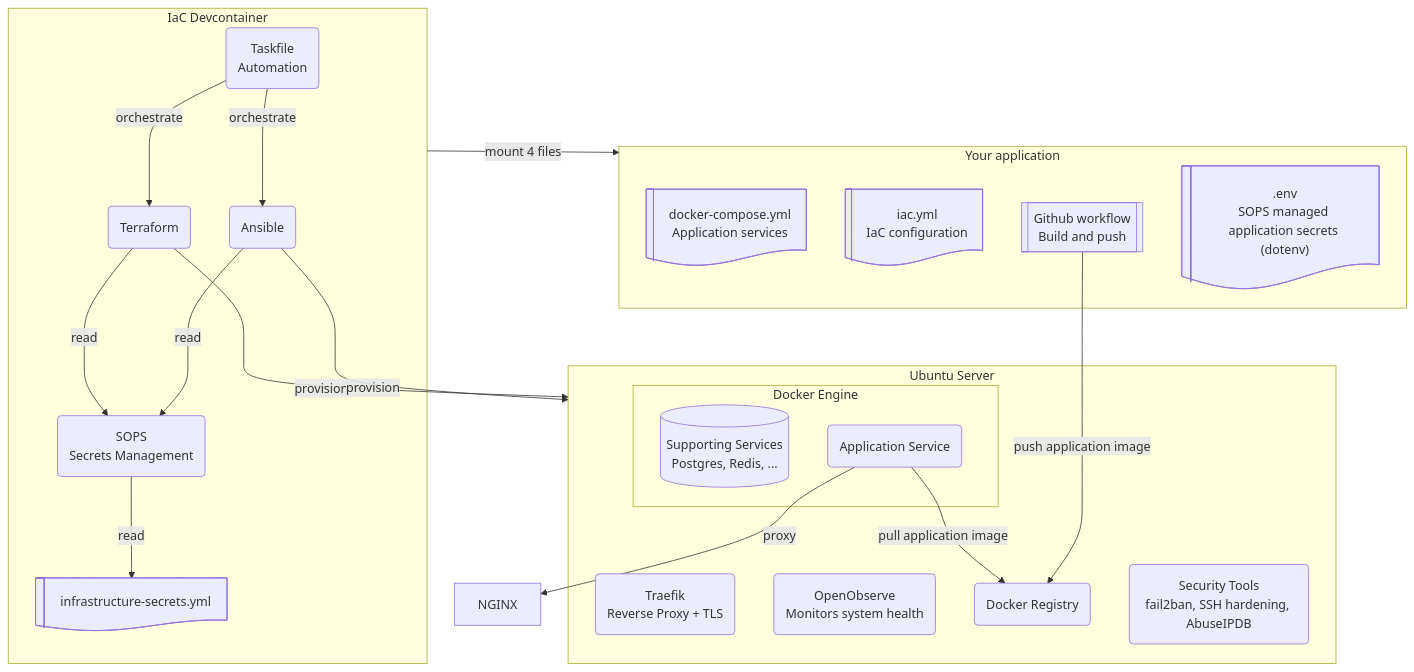
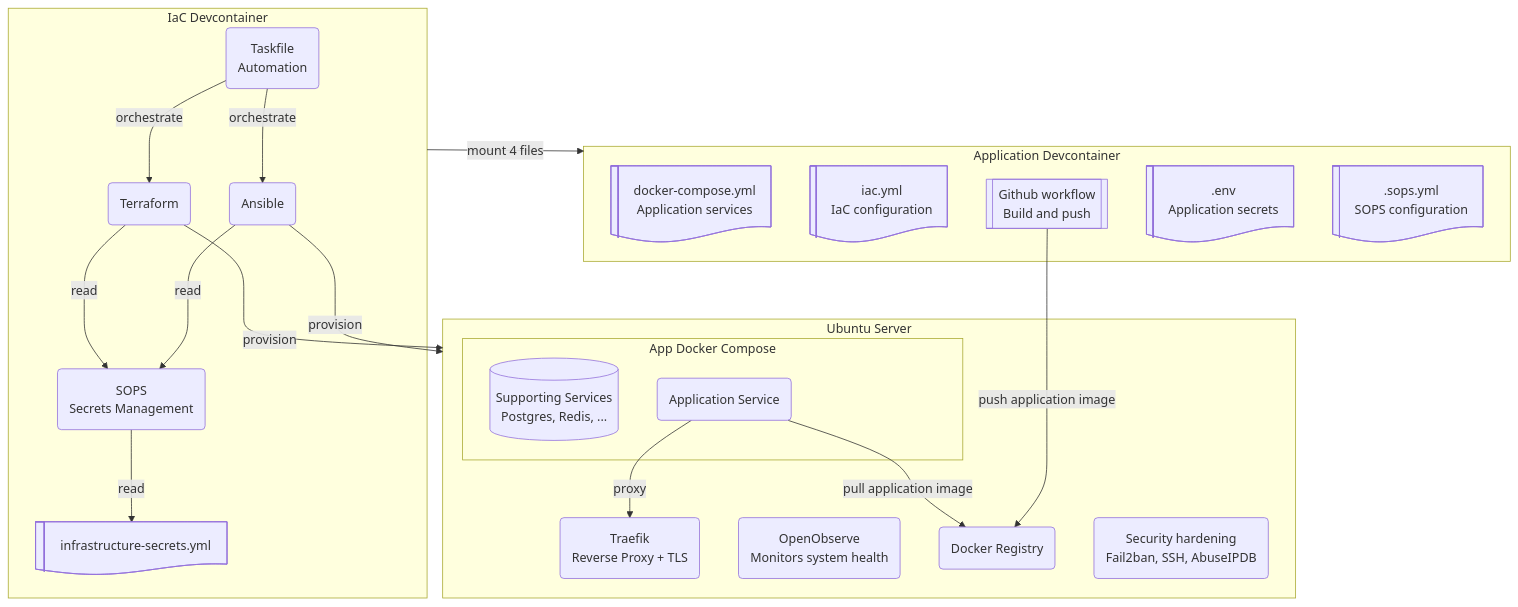
One commit to rednaw/iac changed the diagram in docs/getting-started.md. Above: the diagram before and after it, drawn with Mermaid. The commit also changed other lines of this file and 7 other files, not shown here.

````diff
--- a/docs/getting-started.md
+++ b/docs/getting-started.md
@@ -22,46 +22,47 @@
 ```mermaid
 graph TB
     subgraph IAC[IaC Devcontainer]
         TASK(Taskfile<br/>Automation)
         SOPS(SOPS<br/>Secrets Management)
         TF(Terraform)
         ANS(Ansible)
         INFRA_SECRETS@{ shape: lin-doc, label: "infrastructure-secrets.yml" }
     end
 
     subgraph SERVER[Ubuntu Server]
       TRAEFIK(Traefik<br/>Reverse Proxy + TLS)
-      subgraph DOCKER[Docker Engine]
+      subgraph DOCKER[App Docker Compose]
         SUPPORTING_SERVICES@{ shape: cyl, label: "Supporting Services<br/>Postgres, Redis, ..." }
         APP_SERVICE(Application Service)
       end
       OBSERVE(OpenObserve<br/>Monitors system health)
       REGISTRY(Docker Registry)
-      SEC(Security Tools<br/>fail2ban, SSH hardening, AbuseIPDB)
+      SEC(Security hardening<br/>Fail2ban, SSH, AbuseIPDB)
     end
 
-    subgraph APP[Your application]
+    subgraph APP[Application Devcontainer]
       COMPOSE@{ shape: lin-doc, label: "docker-compose.yml<br/>Application services" }
       IAC_YML@{ shape: lin-doc, label: "iac.yml<br/>IaC configuration" }
       PUSH@{ shape: subproc, label: "Github workflow<br/>Build and push" }
-      APP_SECRETS@{ shape: lin-doc, label: ".env<br/>SOPS managed application secrets (dotenv)" }
+      APP_SECRETS@{ shape: lin-doc, label: ".env<br/>Application secrets" }
+      SOPS_CONFIG@{ shape: lin-doc, label: ".sops.yml<br/>SOPS configuration" }
     end
 
     IAC -->|mount 4 files| APP
     
     TASK -->|orchestrate| TF
     TASK -->|orchestrate| ANS
 
     SOPS -->|read| INFRA_SECRETS
         
     TF -->|provision| SERVER
     TF -->|read| SOPS
     
     ANS -->|provision| SERVER
     ANS -->|read| SOPS
 
     APP_SERVICE -->|pull application image| REGISTRY
     PUSH --->|push application image| REGISTRY 
     
-    APP_SERVICE -->|proxy| NGINX
+    APP_SERVICE -->|proxy| TRAEFIK
 ```
````
